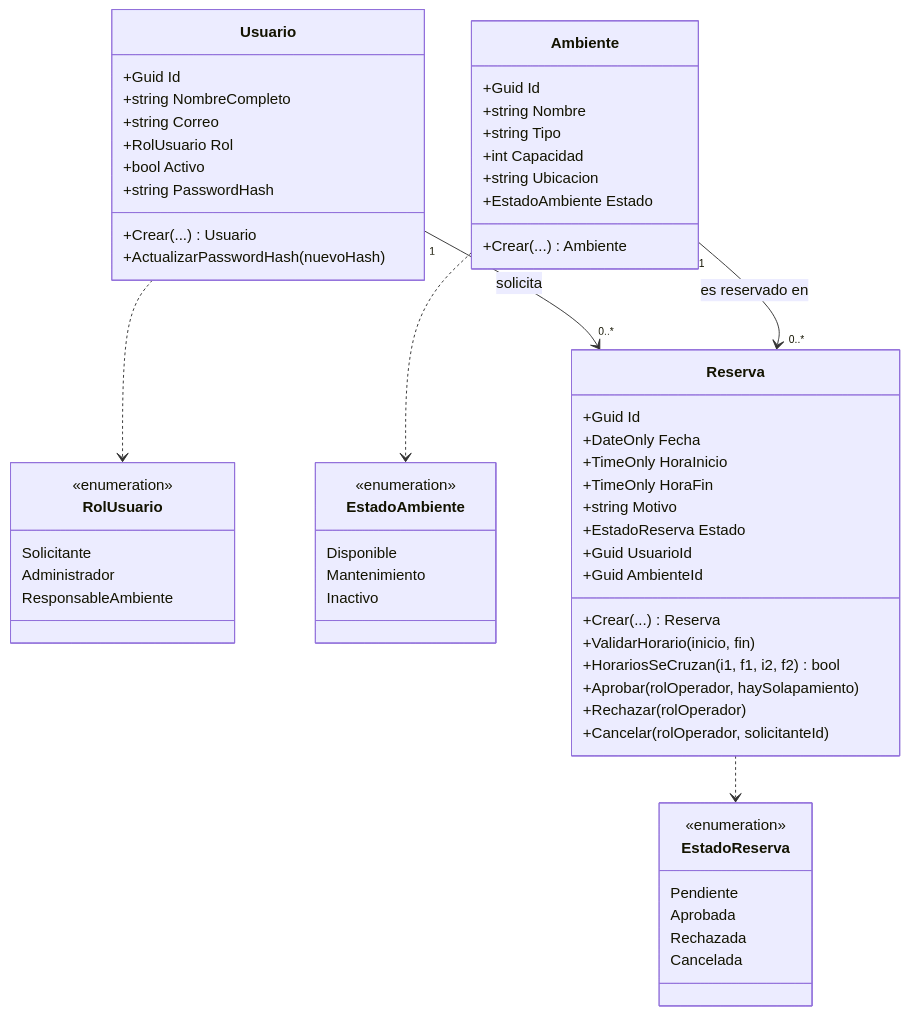
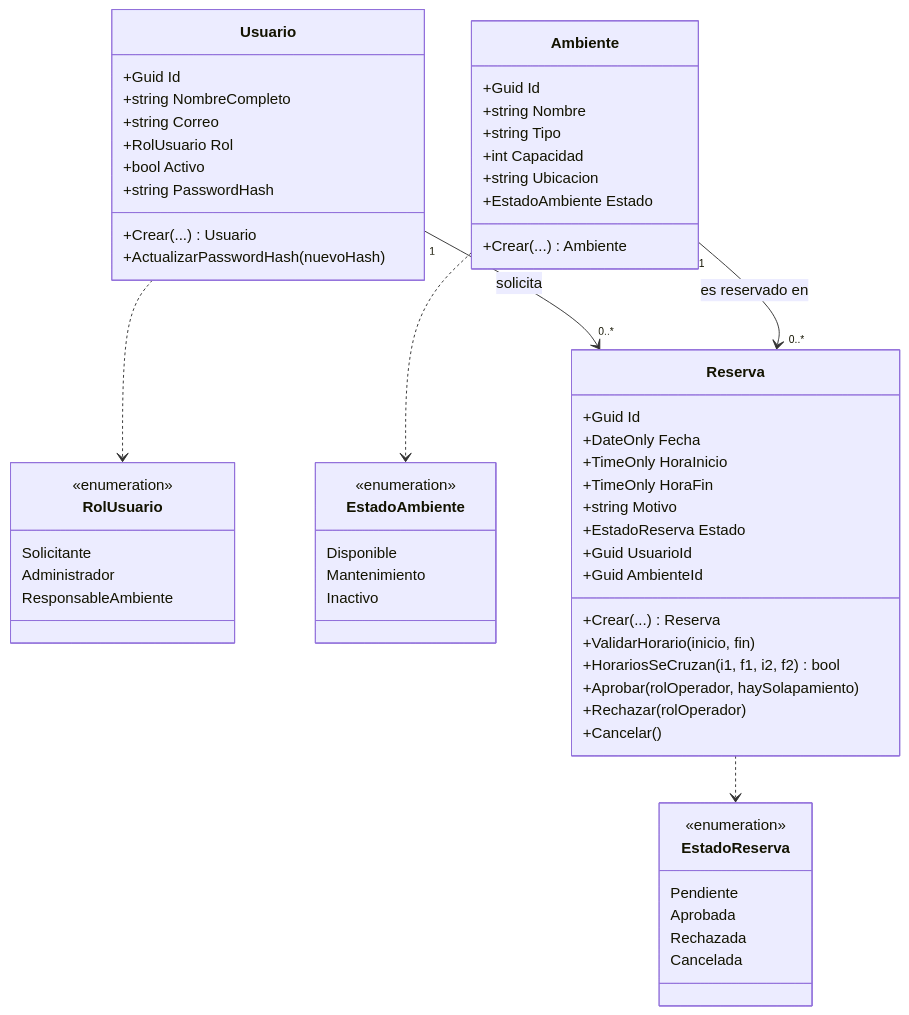
Before and after one commit to Kody2003/ReservaUPLA: the second of 5 diagrams in docs/S01_ANALISIS.md, drawn with Mermaid. The commit also changed other lines of this file, not shown here.

Commit message:
docs: corregir actores, estados y firma de Cancelar en analisis

````diff
--- a/docs/S01_ANALISIS.md
+++ b/docs/S01_ANALISIS.md
@@ -122,68 +123,68 @@
 ```mermaid
 classDiagram
     class RolUsuario {
         <<enumeration>>
         Solicitante
         Administrador
         ResponsableAmbiente
     }
 
     class EstadoAmbiente {
         <<enumeration>>
         Disponible
         Mantenimiento
         Inactivo
     }
 
     class EstadoReserva {
         <<enumeration>>
         Pendiente
         Aprobada
         Rechazada
         Cancelada
     }
 
     class Usuario {
         +Guid Id
         +string NombreCompleto
         +string Correo
         +RolUsuario Rol
         +bool Activo
         +string PasswordHash
         +Crear(...) Usuario
         +ActualizarPasswordHash(nuevoHash)
     }
 
     class Ambiente {
         +Guid Id
         +string Nombre
         +string Tipo
         +int Capacidad
         +string Ubicacion
         +EstadoAmbiente Estado
         +Crear(...) Ambiente
     }
 
     class Reserva {
         +Guid Id
         +DateOnly Fecha
         +TimeOnly HoraInicio
         +TimeOnly HoraFin
         +string Motivo
         +EstadoReserva Estado
         +Guid UsuarioId
         +Guid AmbienteId
         +Crear(...) Reserva
         +ValidarHorario(inicio, fin)
         +HorariosSeCruzan(i1, f1, i2, f2) bool
         +Aprobar(rolOperador, haySolapamiento)
         +Rechazar(rolOperador)
-        +Cancelar(rolOperador, solicitanteId)
+        +Cancelar()
     }
 
     Usuario "1" --> "0..*" Reserva : solicita
     Ambiente "1" --> "0..*" Reserva : es reservado en
     Usuario ..> RolUsuario
     Ambiente ..> EstadoAmbiente
     Reserva ..> EstadoReserva
 ```
````
